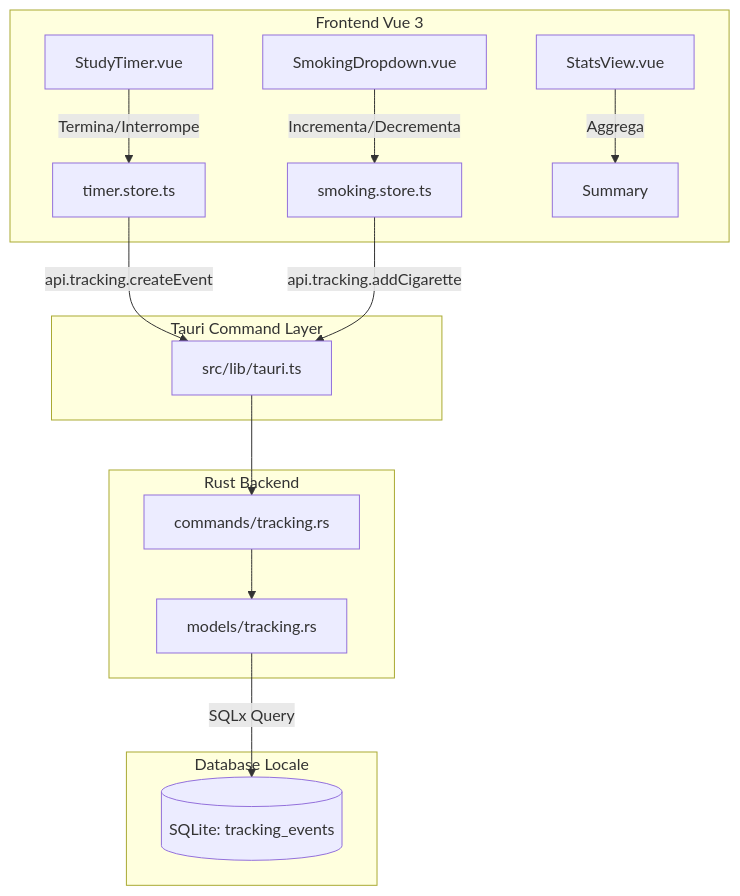
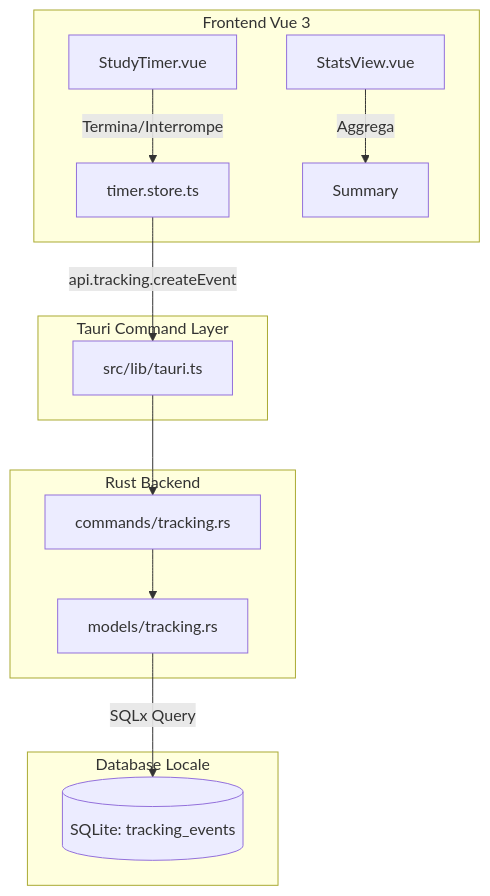
The diagram in docs/TRACKING_ARCHITECTURE.md (DreoXDev/StudyTimer), drawn with Mermaid before and after one commit. The commit also changed other lines of this file and 2 other files, not shown here.

````diff
--- a/docs/TRACKING_ARCHITECTURE.md
+++ b/docs/TRACKING_ARCHITECTURE.md
@@ -9,27 +9,25 @@
 ```mermaid
 graph TD
     subgraph Frontend Vue 3
         Timer[StudyTimer.vue] -->|Termina/Interrompe| TimerStore[timer.store.ts]
-        TitleBar[SmokingDropdown.vue] -->|Incrementa/Decrementa| SmokingStore[smoking.store.ts]
         StatsView[StatsView.vue] -->|Aggrega| Summary
     end
 
     subgraph Tauri Command Layer
         TauriAPI[src/lib/tauri.ts]
     end
 
     subgraph Rust Backend
         TrackingCmds[commands/tracking.rs]
         TrackingModels[models/tracking.rs]
     end
 
     subgraph Database Locale
         SQLite[(SQLite: tracking_events)]
     end
 
     TimerStore -->|api.tracking.createEvent| TauriAPI
-    SmokingStore -->|api.tracking.addCigarette| TauriAPI
     TauriAPI --> TrackingCmds
     TrackingCmds --> TrackingModels
     TrackingModels -->|SQLx Query| SQLite
 ```
````
